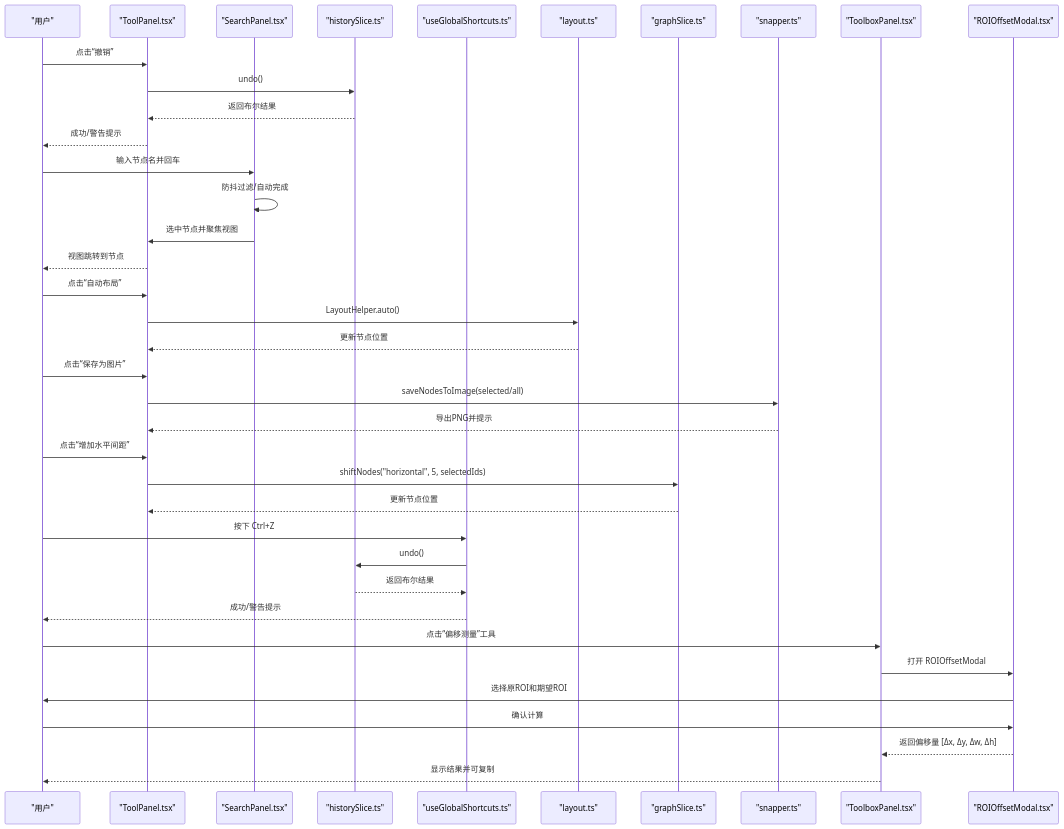
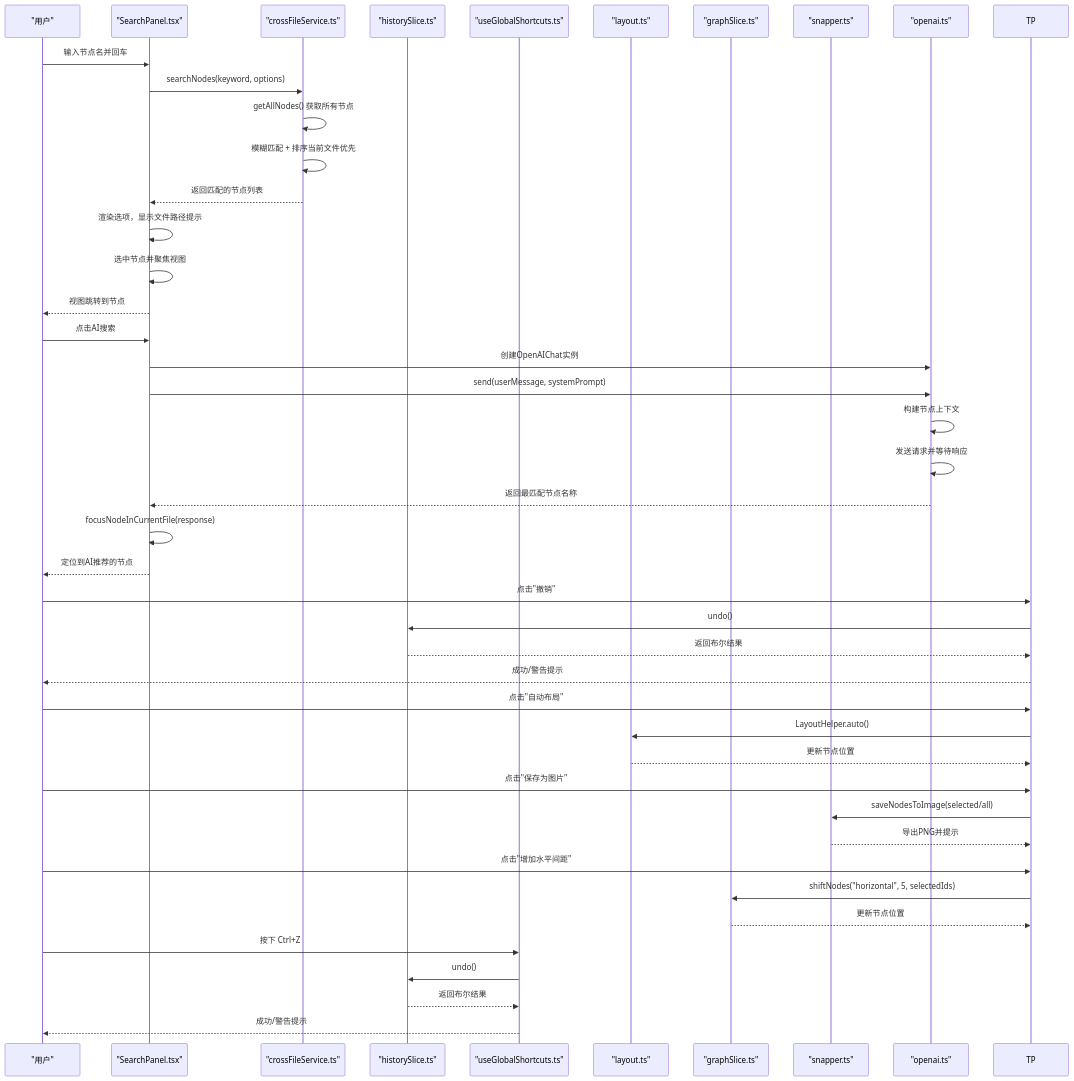
The second of 6 diagrams in .qoder/repowiki/zh/content/核心概念/工具/工具.md (kqcoxn/MaaPipelineEditor), drawn with Mermaid before and after one commit. The commit also changed other lines of this file and 6 other files, not shown here.

````diff
--- a/.qoder/repowiki/zh/content/核心概念/工具/工具.md
+++ b/.qoder/repowiki/zh/content/核心概念/工具/工具.md
@@ -143,40 +155,45 @@
 ```mermaid
 sequenceDiagram
 participant U as "用户"
-participant TP as "ToolPanel.tsx"
 participant SP as "SearchPanel.tsx"
+participant CF as "crossFileService.ts"
 participant HS as "historySlice.ts"
 participant GSH as "useGlobalShortcuts.ts"
 participant LH as "layout.ts"
 participant GS as "graphSlice.ts"
 participant SNAP as "snapper.ts"
-participant TB as "ToolboxPanel.tsx"
-participant ROI as "ROIOffsetModal.tsx"
-U->>TP : 点击“撤销”
+participant OPENAI as "openai.ts"
+U->>SP : 输入节点名并回车
+SP->>CF : searchNodes(keyword, options)
+CF->>CF : getAllNodes() 获取所有节点
+CF->>CF : 模糊匹配 + 排序当前文件优先
+CF-->>SP : 返回匹配的节点列表
+SP->>SP : 渲染选项，显示文件路径提示
+SP->>SP : 选中节点并聚焦视图
+SP-->>U : 视图跳转到节点
+U->>SP : 点击AI搜索
+SP->>OPENAI : 创建OpenAIChat实例
+SP->>OPENAI : send(userMessage, systemPrompt)
+OPENAI->>OPENAI : 构建节点上下文
+OPENAI->>OPENAI : 发送请求并等待响应
+OPENAI-->>SP : 返回最匹配节点名称
+SP->>SP : focusNodeInCurrentFile(response)
+SP-->>U : 定位到AI推荐的节点
+U->>TP : 点击"撤销"
 TP->>HS : undo()
 HS-->>TP : 返回布尔结果
 TP-->>U : 成功/警告提示
-U->>SP : 输入节点名并回车
-SP->>SP : 防抖过滤/自动完成
-SP->>TP : 选中节点并聚焦视图
-TP-->>U : 视图跳转到节点
-U->>TP : 点击“自动布局”
+U->>TP : 点击"自动布局"
 TP->>LH : LayoutHelper.auto()
 LH-->>TP : 更新节点位置
-U->>TP : 点击“保存为图片”
+U->>TP : 点击"保存为图片"
 TP->>SNAP : saveNodesToImage(selected/all)
 SNAP-->>TP : 导出PNG并提示
-U->>TP : 点击“增加水平间距”
+U->>TP : 点击"增加水平间距"
 TP->>GS : shiftNodes("horizontal", 5, selectedIds)
 GS-->>TP : 更新节点位置
 U->>GSH : 按下 Ctrl+Z
 GSH->>HS : undo()
 HS-->>GSH : 返回布尔结果
 GSH-->>U : 成功/警告提示
-U->>TB : 点击“偏移测量”工具
-TB->>ROI : 打开 ROIOffsetModal
-ROI->>U : 选择原ROI和期望ROI
-U->>ROI : 确认计算
-ROI-->>TB : 返回偏移量 [Δx, Δy, Δw, Δh]
-TB-->>U : 显示结果并可复制
 ```
````
